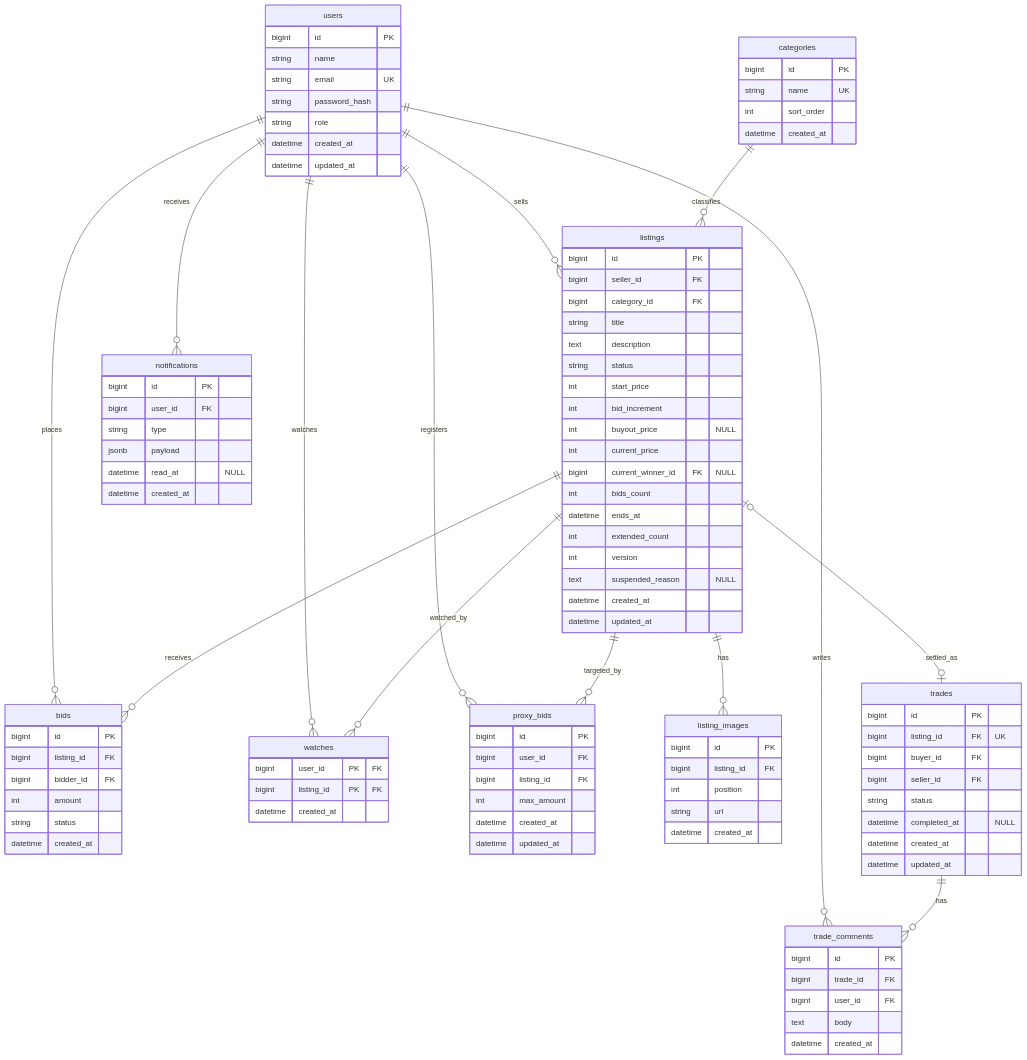
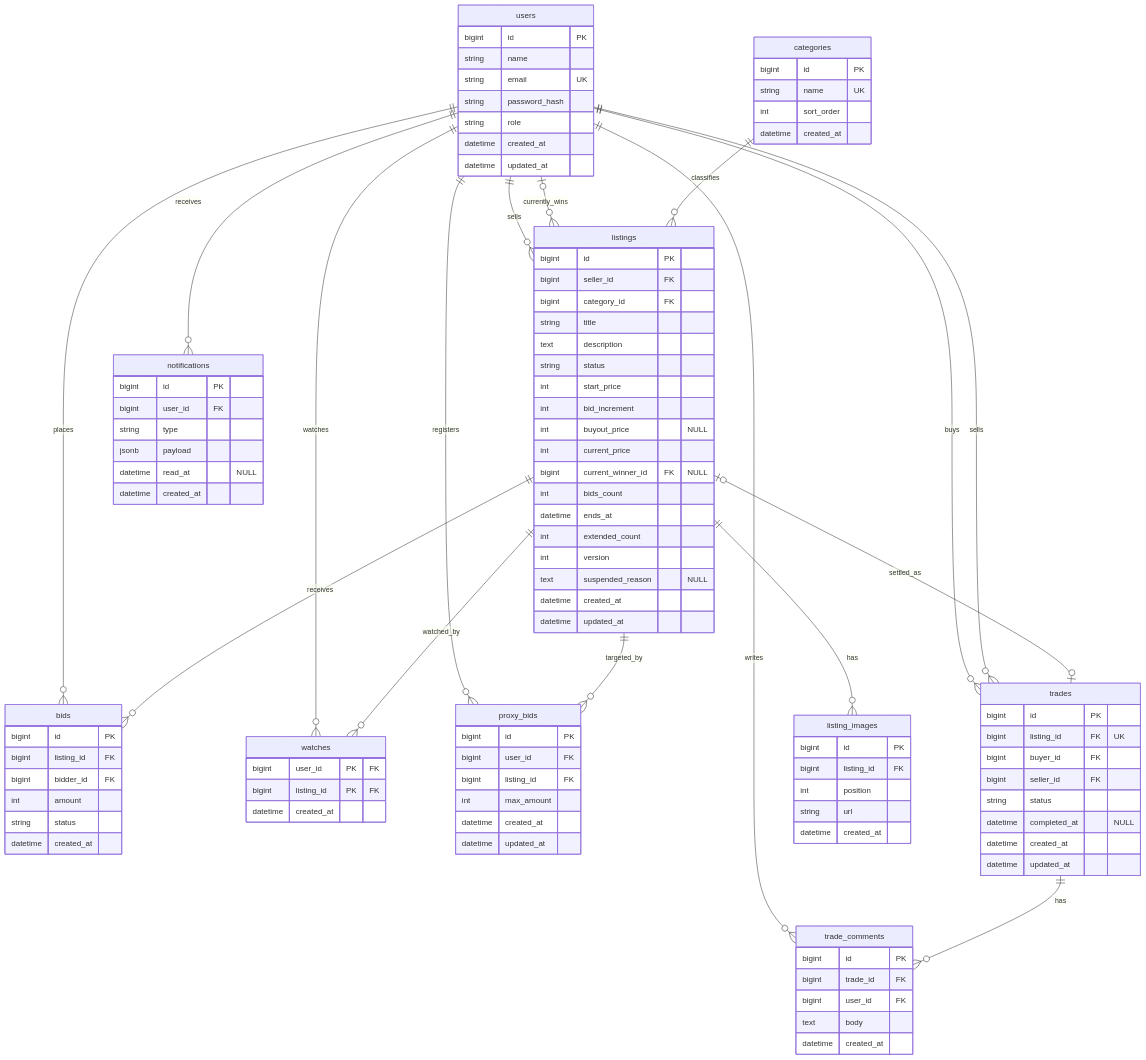
The first of 3 diagrams in docs/database.md (dik-ab/curriculum-project-realtime-auction), drawn with Mermaid before and after one commit. The commit also changed other lines of this file and 9 other files, not shown here.

```diff
--- a/docs/database.md
+++ b/docs/database.md
@@ -12,6 +12,9 @@
     users ||--o{ notifications : "receives"
     users ||--o{ trade_comments : "writes"
     users ||--o{ proxy_bids : "registers"
+    users ||--o{ trades : "buys"
+    users ||--o{ trades : "sells"
+    users |o--o{ listings : "currently_wins"
     categories ||--o{ listings : "classifies"
     listings ||--o{ listing_images : "has"
     listings ||--o{ bids : "receives"
```
